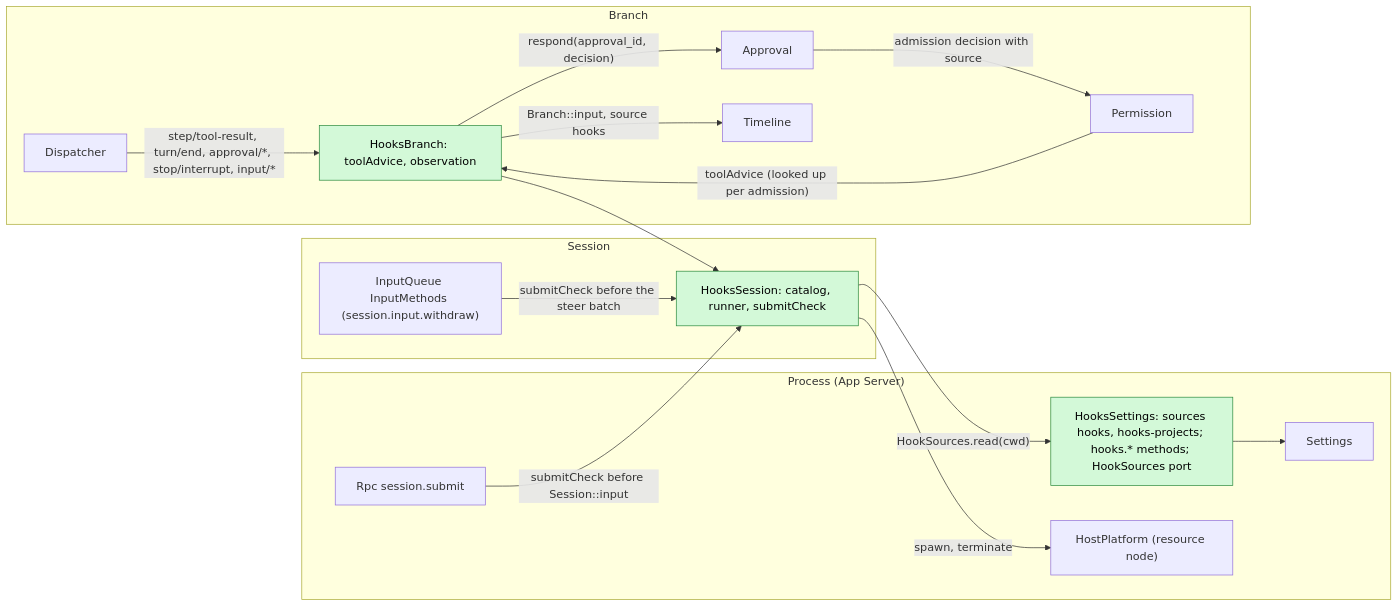
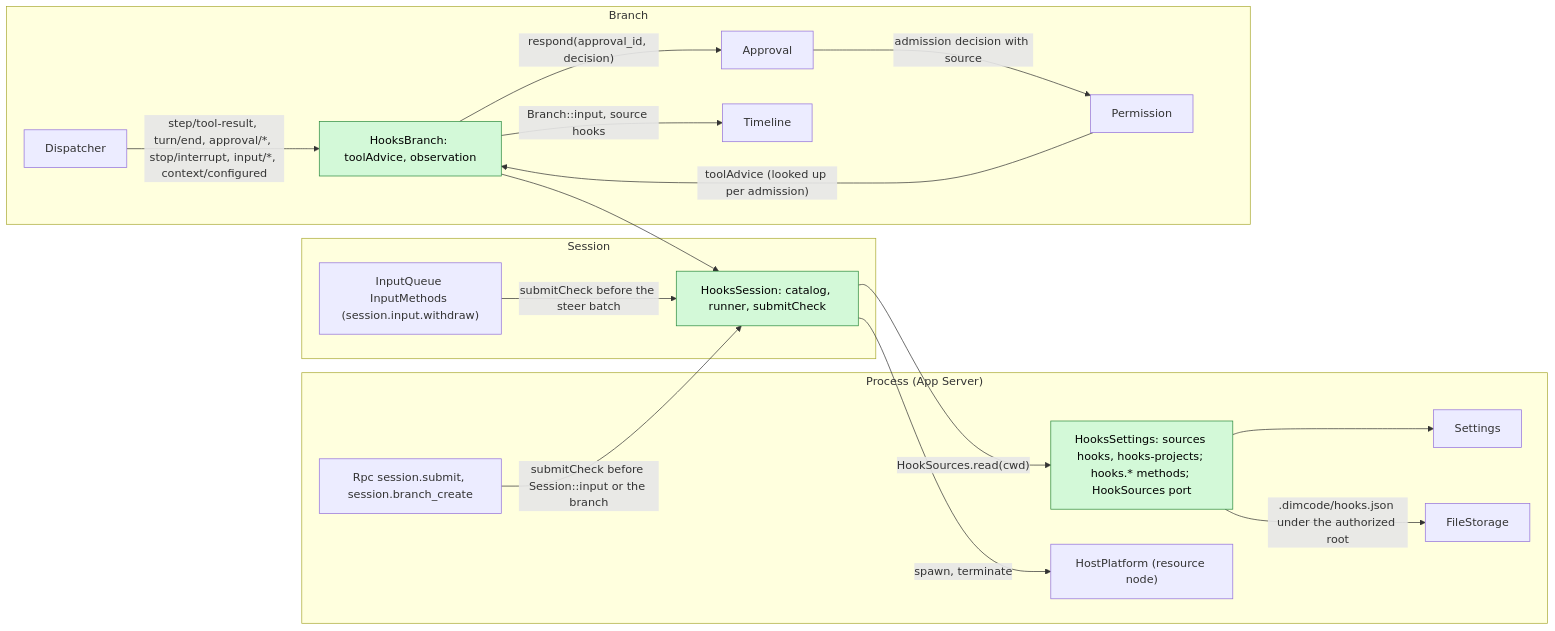
One commit to CoutinhoTTS/dim-agent changed the first of 6 diagrams in docs/design/plugins/Hooks.md. Above: the diagram before and after it, drawn with Mermaid. The commit also changed other lines of this file and 13 other files, not shown here.

First line of the commit message:
docs(hooks): fix configuration, operator-input and error contracts

````diff
--- a/docs/design/plugins/Hooks.md
+++ b/docs/design/plugins/Hooks.md
@@ -38,32 +38,34 @@
 ```mermaid
 flowchart LR
   subgraph PROC["Process (App Server)"]
     HSet["HooksSettings: sources hooks, hooks-projects; hooks.* methods; HookSources port"]:::new
     Settings["Settings"]
-    Rpc["Rpc session.submit"]
+    FS["FileStorage"]
+    Rpc["Rpc session.submit, session.branch_create"]
     HP["HostPlatform (resource node)"]
   end
   subgraph SESS["Session"]
     HS["HooksSession: catalog, runner, submitCheck"]:::new
     IM["InputQueue InputMethods (session.input.withdraw)"]
   end
   subgraph BR["Branch"]
     HB["HooksBranch: toolAdvice, observation"]:::new
     AP["Approval"]
     PM["Permission"]
     TL["Timeline"]
     DP["Dispatcher"]
   end
   HSet --> Settings
+  HSet -->|".dimcode/hooks.json under the authorized root"| FS
   HS -->|"HookSources.read(cwd)"| HSet
   HS -->|"spawn, terminate"| HP
-  Rpc -->|"submitCheck before Session::input"| HS
+  Rpc -->|"submitCheck before Session::input or the branch"| HS
   IM -->|"submitCheck before the steer batch"| HS
   HB --> HS
   AP -->|"admission decision with source"| PM
   PM -->|"toolAdvice (looked up per admission)"| HB
   HB -->|"respond(approval_id, decision)"| AP
   HB -->|"Branch::input, source hooks"| TL
-  DP -->|"step/tool-result, turn/end, approval/*, stop/interrupt, input/*"| HB
+  DP -->|"step/tool-result, turn/end, approval/*, stop/interrupt, input/*, context/configured"| HB
   classDef new fill:#d3f9d8,stroke:#2b8a3e,color:#000
 ```
````
